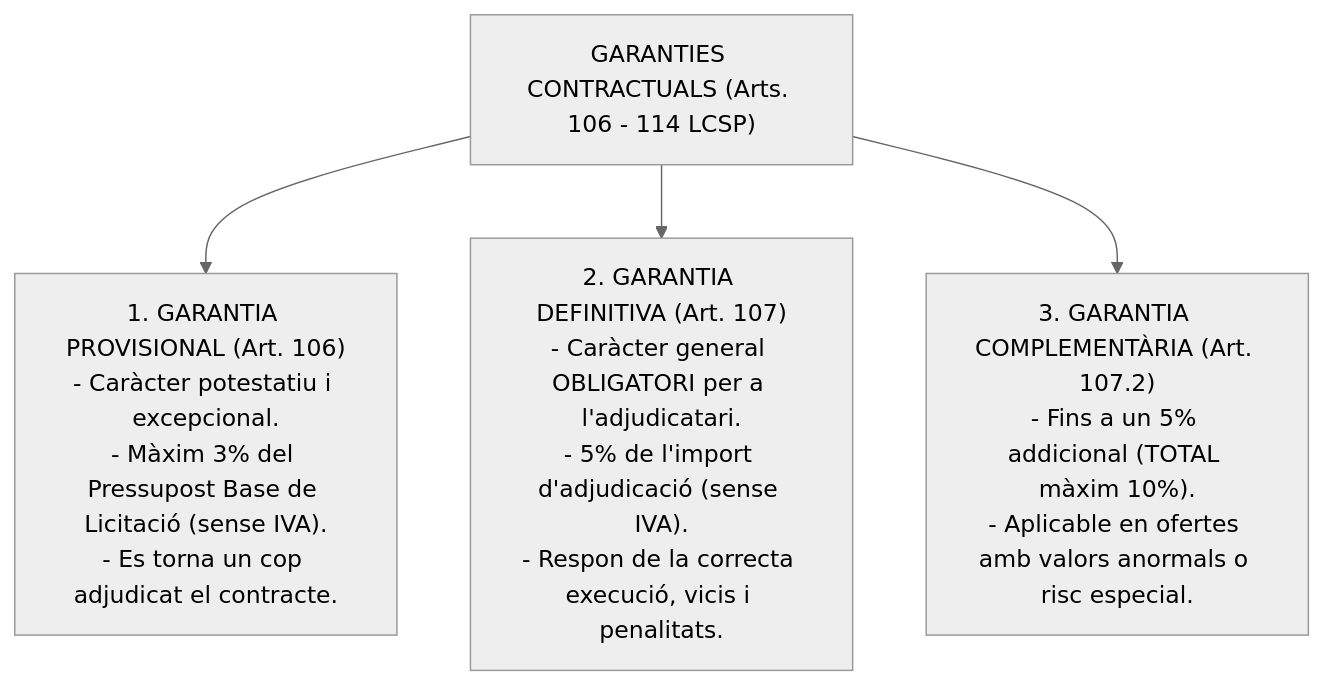
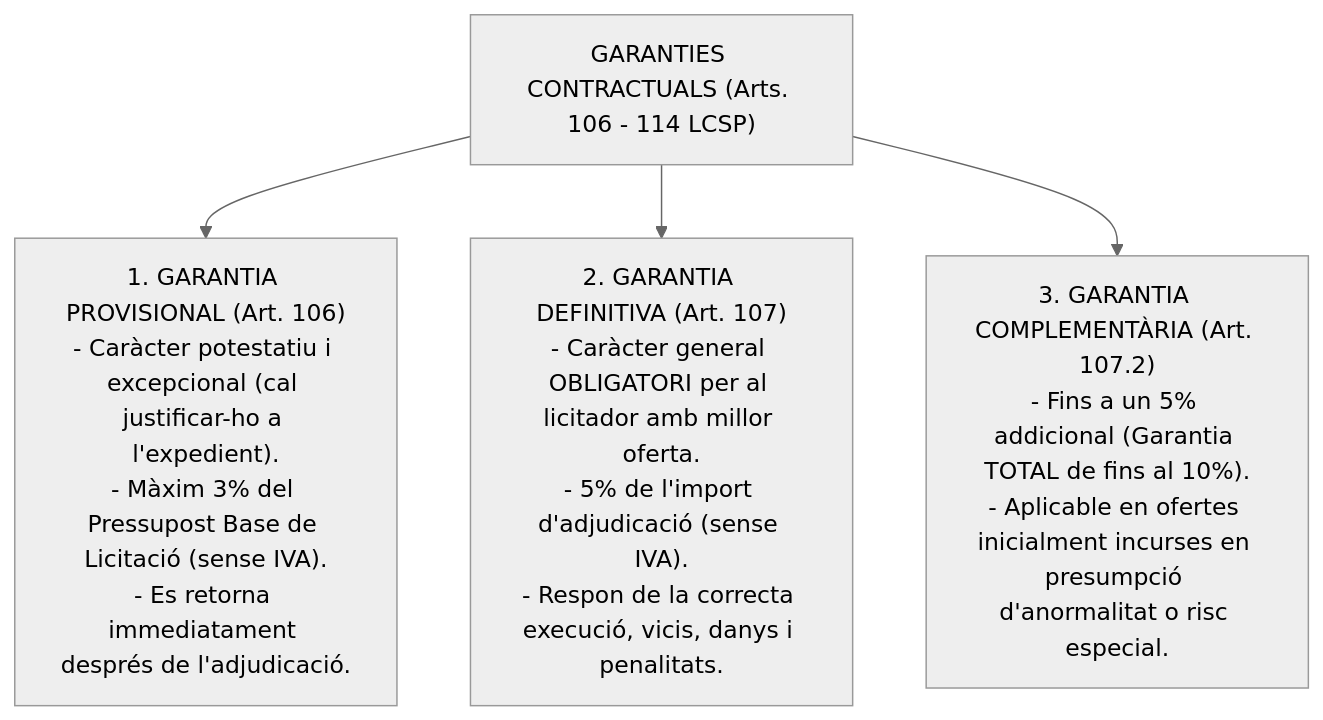
Before and after one commit to oriolmapu/opo: the sixth of 8 diagrams in part_general/15_preparacio_contractes_expedient_plecs.md, drawn with Mermaid (neutral theme). The commit also changed other lines of this file, not shown here.

Commit message:
docs(tema-15): afegir descripció exhaustiva dels terminis per tipus de contracte segons la LCSP

````diff
--- a/part_general/15_preparacio_contractes_expedient_plecs.md
+++ b/part_general/15_preparacio_contractes_expedient_plecs.md
@@ -128,12 +210,12 @@
 ```mermaid
 graph TD
     Garanties["GARANTIES CONTRACTUALS (Arts. 106 - 114 LCSP)"]
     
-    Prov["1. GARANTIA PROVISIONAL (Art. 106)<br/>- Caràcter potestatiu i excepcional.<br/>- Màxim 3% del Pressupost Base de Licitació (sense IVA).<br/>- Es torna un cop adjudicat el contracte."]
-    Def["2. GARANTIA DEFINITIVA (Art. 107)<br/>- Caràcter general OBLIGATORI per a l'adjudicatari.<br/>- 5% de l'import d'adjudicació (sense IVA).<br/>- Respon de la correcta execució, vicis i penalitats."]
-    Compl["3. GARANTIA COMPLEMENTÀRIA (Art. 107.2)<br/>- Fins a un 5% addicional (TOTAL màxim 10%).<br/>- Aplicable en ofertes amb valors anormals o risc especial."]
+    Prov["1. GARANTIA PROVISIONAL (Art. 106)<br/>- Caràcter potestatiu i excepcional (cal justificar-ho a l'expedient).<br/>- Màxim 3% del Pressupost Base de Licitació (sense IVA).<br/>- Es retorna immediatament després de l'adjudicació."]
+    Def["2. GARANTIA DEFINITIVA (Art. 107)<br/>- Caràcter general OBLIGATORI per al licitador amb millor oferta.<br/>- 5% de l'import d'adjudicació (sense IVA).<br/>- Respon de la correcta execució, vicis, danys i penalitats."]
+    Compl["3. GARANTIA COMPLEMENTÀRIA (Art. 107.2)<br/>- Fins a un 5% addicional (Garantia TOTAL de fins al 10%).<br/>- Aplicable en ofertes inicialment incurses en presumpció d'anormalitat o risc especial."]
 
     Garanties --> Prov
     Garanties --> Def
     Garanties --> Compl
 ```
````
